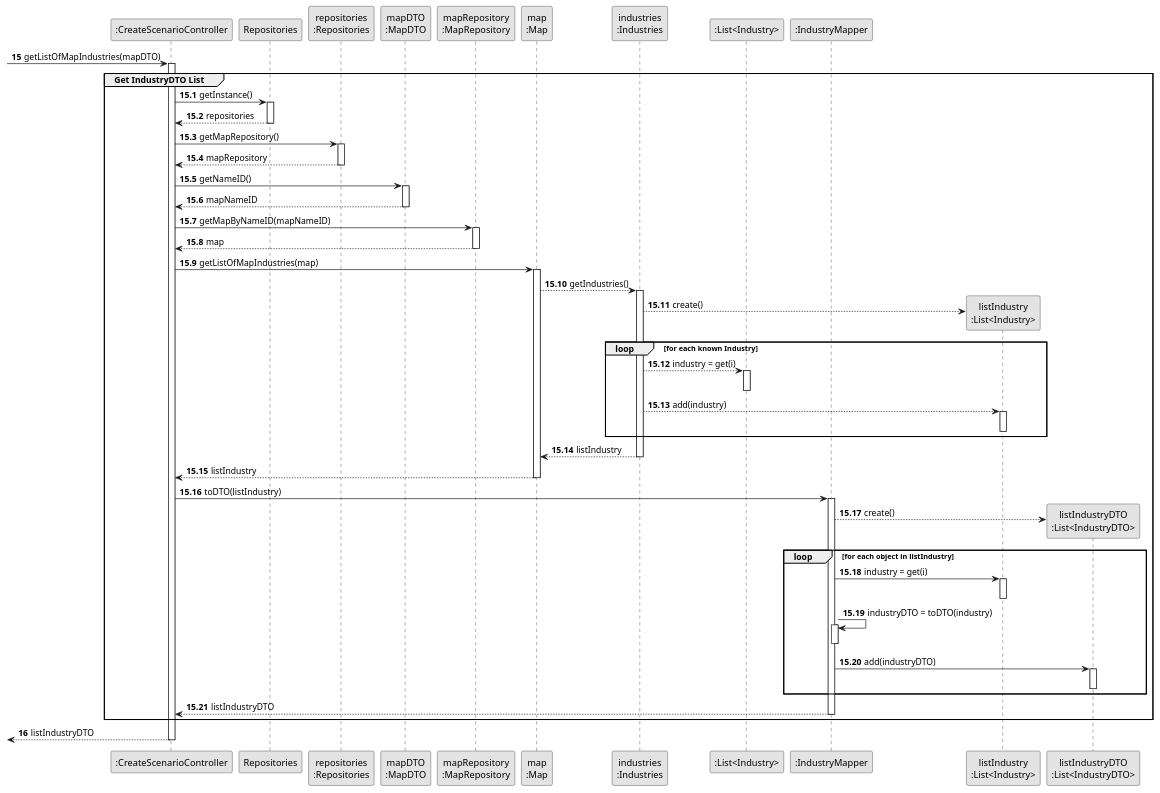
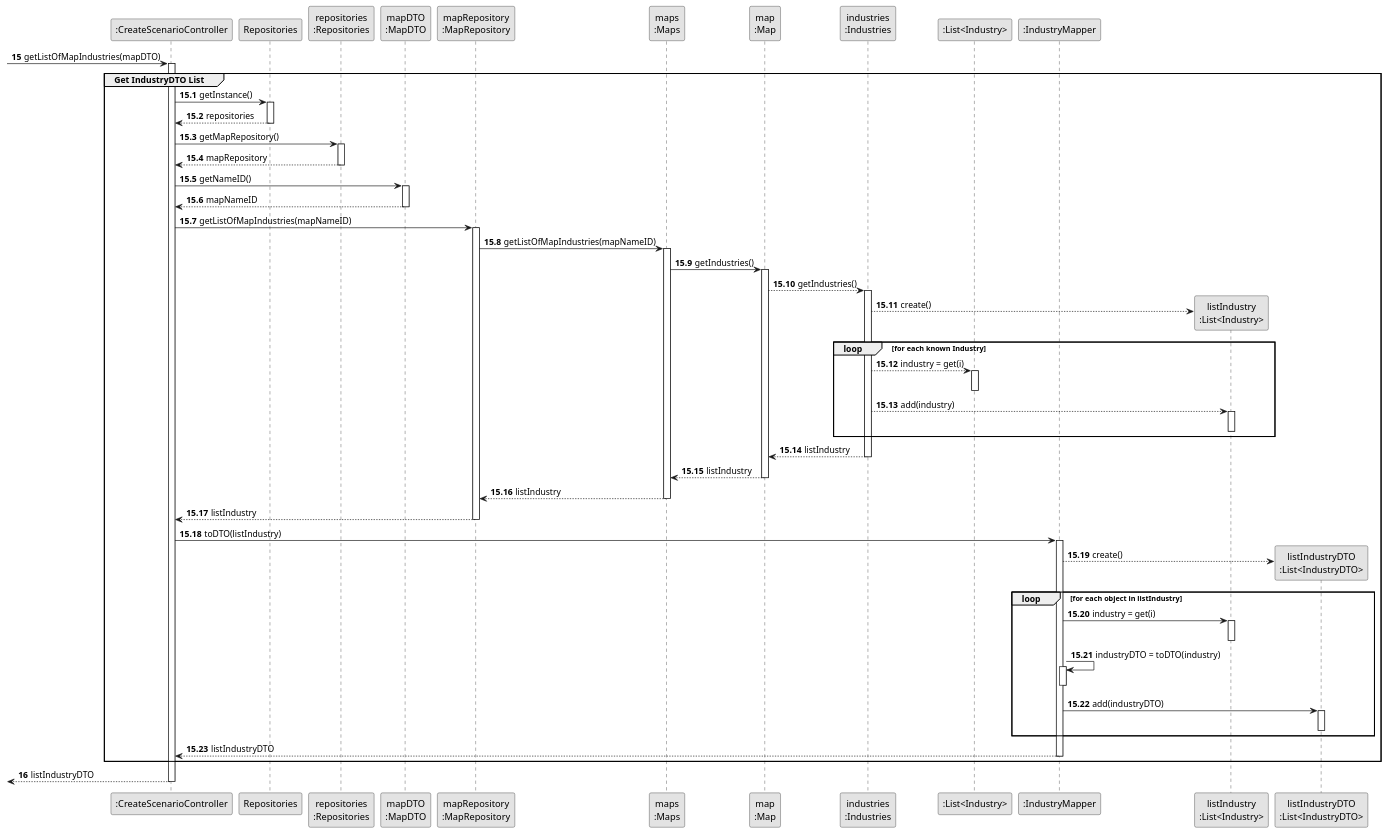
One commit to HenriqueSilva18/Railway-Network-Simulator changed the diagram in docs/system-documentation/Sprint 3/US04/03.design/puml/US04-SD-partial-Get-IndustryDTO-List.puml. Above: the diagram before and after it, drawn with PlantUML. The commit also changed 43 other files, not shown here.

```diff
--- a/docs/system-documentation/Sprint 3/US04/03.design/puml/US04-SD-partial-Get-IndustryDTO-List.puml
+++ b/docs/system-documentation/Sprint 3/US04/03.design/puml/US04-SD-partial-Get-IndustryDTO-List.puml
@@ -1,99 +1,108 @@
 @startuml
 skinparam monochrome true
 skinparam packageStyle rectangle
 skinparam shadowing false
 
 participant ":CreateScenarioController" as CTRL
 participant "Repositories" as REPOS
 participant "repositories\n:Repositories" as REPOS_SINGLETON
 participant "mapDTO\n:MapDTO" as MAP_DTO
 participant "mapRepository\n:MapRepository" as MAP_REPO
+participant "maps\n:Maps" as MAPS
 participant "map\n:Map" as MAP
 participant "industries\n:Industries" as INDS
 participant ":List<Industry>" as LIST
 participant ":IndustryMapper" as IND_MAPPER
 participant "listIndustry\n:List<Industry>" as IND_LIST
 participant "listIndustryDTO\n:List<IndustryDTO>" as IND_LIST_DTO
 
 autonumber 15
 -> CTRL: getListOfMapIndustries(mapDTO)
 
 autonumber 15.1
 activate CTRL
     group Get IndustryDTO List
 
         CTRL -> REPOS : getInstance()
         activate REPOS
             REPOS --> CTRL: repositories
         deactivate REPOS
 
         CTRL -> REPOS_SINGLETON: getMapRepository()
         activate REPOS_SINGLETON
             REPOS_SINGLETON --> CTRL: mapRepository
         deactivate REPOS_SINGLETON
 
         CTRL -> MAP_DTO: getNameID()
         activate MAP_DTO
             MAP_DTO --> CTRL: mapNameID
         deactivate MAP_DTO
 
-        CTRL -> MAP_REPO: getMapByNameID(mapNameID)
+        CTRL -> MAP_REPO: getListOfMapIndustries(mapNameID)
         activate MAP_REPO
-            MAP_REPO --> CTRL: map
-        deactivate MAP_REPO
 
-        CTRL -> MAP: getListOfMapIndustries(map)
+        MAP_REPO -> MAPS: getListOfMapIndustries(mapNameID)
+        activate MAPS
+
+        MAPS -> MAP: getIndustries()
         activate MAP
 
             MAP --> INDS: getIndustries()
             activate INDS
                 INDS --> IND_LIST**: create()
 
                 loop for each known Industry
 
                     INDS --> LIST: industry = get(i)
                     activate LIST
                         deactivate LIST
 
                     INDS --> IND_LIST: add(industry)
                     activate IND_LIST
                         deactivate IND_LIST
 
                 end
 
             INDS --> MAP: listIndustry
             deactivate INDS
 
-        MAP --> CTRL: listIndustry
-        deactivate MAP
+            MAP --> MAPS: listIndustry
+            deactivate MAP
+
+        MAPS --> MAP_REPO: listIndustry
+        deactivate MAPS
+
+        MAP_REPO --> CTRL: listIndustry
+        deactivate MAP_REPO
+
 
         CTRL -> IND_MAPPER: toDTO(listIndustry)
         activate IND_MAPPER
 
             IND_MAPPER --> IND_LIST_DTO**: create()
 
             loop for each object in listIndustry
                 IND_MAPPER -> IND_LIST: industry = get(i)
                 activate IND_LIST
                     deactivate IND_LIST
 
                 IND_MAPPER -> IND_MAPPER: industryDTO = toDTO(industry)
                 activate IND_MAPPER
                     deactivate IND_MAPPER
 
                 IND_MAPPER -> IND_LIST_DTO: add(industryDTO)
                 activate IND_LIST_DTO
                     deactivate IND_LIST_DTO
             end
 
         IND_MAPPER --> CTRL: listIndustryDTO
         deactivate IND_MAPPER
 
     end
 
     autonumber 16
     <-- CTRL : listIndustryDTO
 deactivate CTRL
 
 
 @enduml
```
